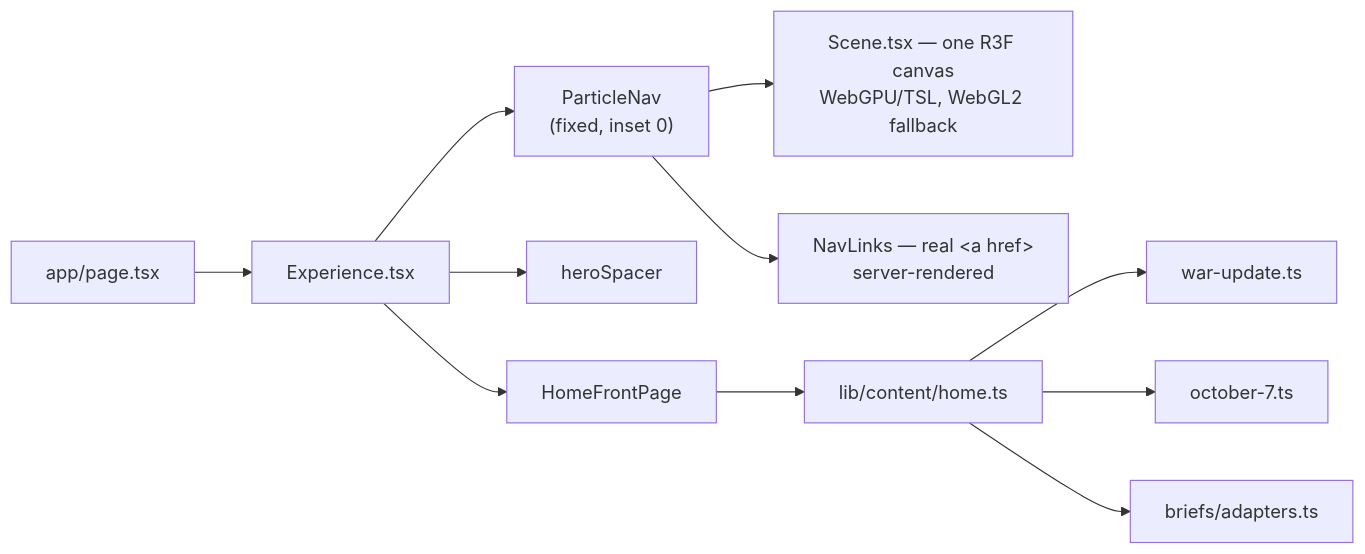
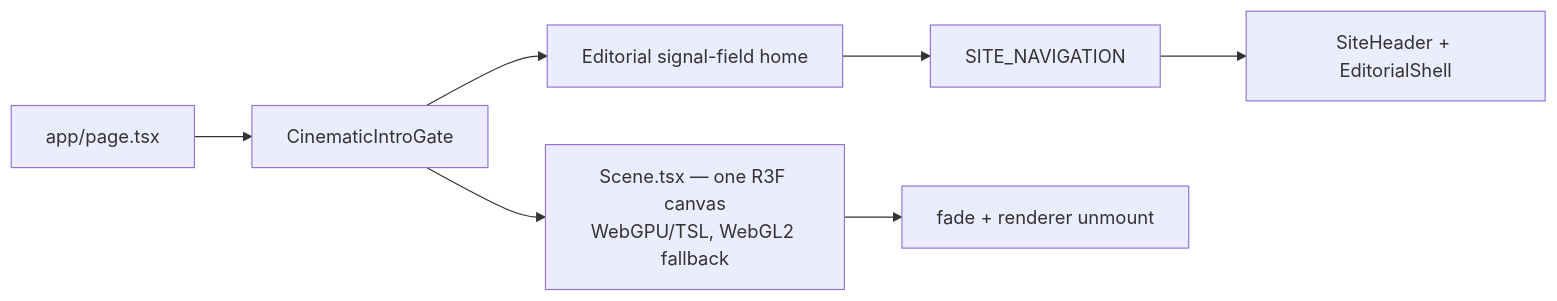
Before and after one commit to lions-admin/lions-of-zion: the second of 5 diagrams in docs/architecture.md, drawn with Mermaid. The commit also changed other lines of this file and 162 other files, not shown here.

````diff
--- a/docs/architecture.md
+++ b/docs/architecture.md
@@ -114,15 +114,9 @@
 ```mermaid
 flowchart LR
-    Page["app/page.tsx"] --> Exp["Experience.tsx"]
-    Exp --> Scene["ParticleNav<br/>(fixed, inset 0)"]
-    Exp --> Spacer["heroSpacer"]
-    Exp --> Band["HomeFrontPage"]
-
-    Scene --> Canvas["Scene.tsx — one R3F canvas<br/>WebGPU/TSL, WebGL2 fallback"]
-    Scene --> Links["NavLinks — real &lt;a href&gt;<br/>server-rendered"]
-
-    Band --> Content["lib/content/home.ts"]
-    Content --> WU["war-update.ts"]
-    Content --> O7["october-7.ts"]
-    Content --> Brief["briefs/adapters.ts"]
+    Page["app/page.tsx"] --> Gate["CinematicIntroGate"]
+    Gate --> Scene["Scene.tsx — one R3F canvas<br/>WebGPU/TSL, WebGL2 fallback"]
+    Gate --> Home["Editorial signal-field home"]
+    Home --> Nav["SITE_NAVIGATION"]
+    Nav --> Shell["SiteHeader + EditorialShell"]
+    Scene --> Handoff["fade + renderer unmount"]
 ```
````
